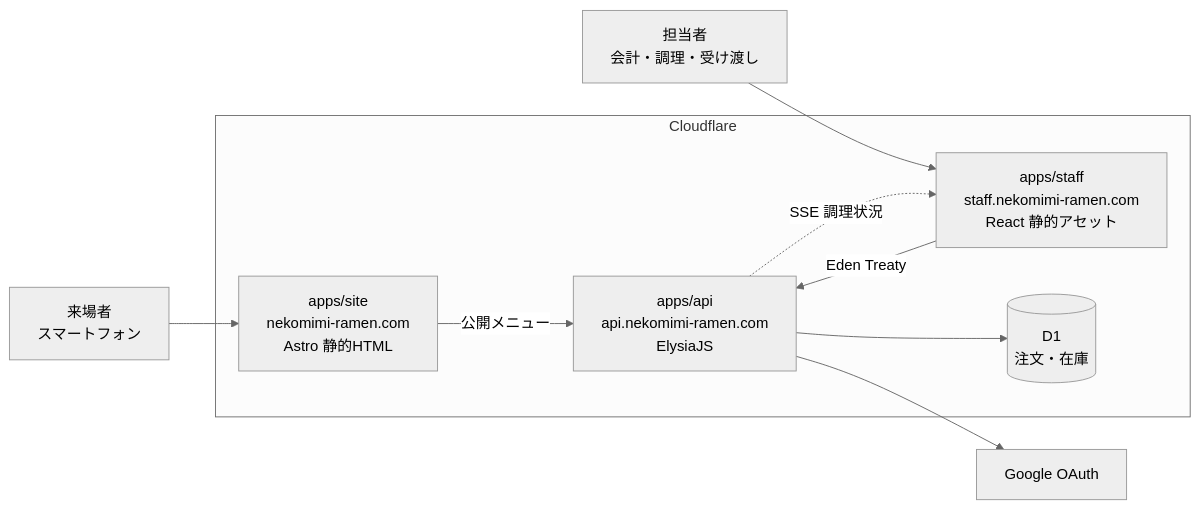
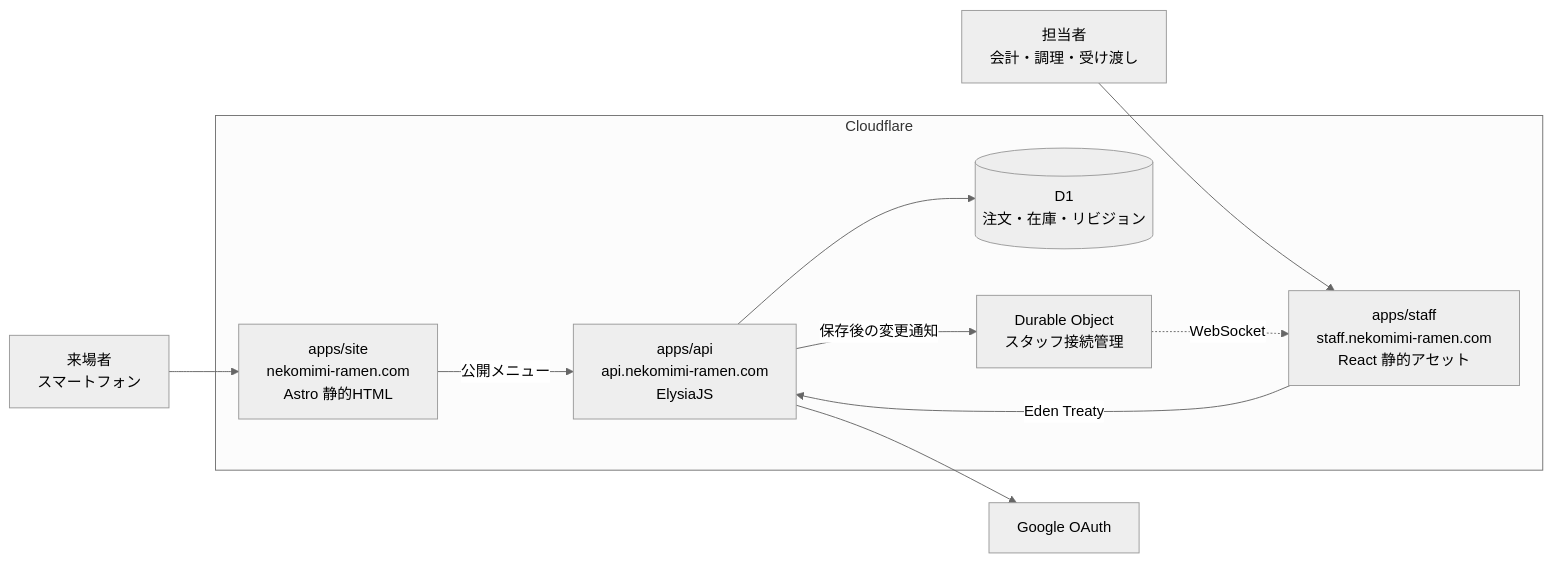
One commit to koutyuke/nekomimi-maid-ramen changed the diagram in README.md. Above: the diagram before and after it, drawn with Mermaid (neutral theme). The commit also changed other lines of this file and 26 other files, not shown here.

````diff
--- a/README.md
+++ b/README.md
@@ -27,22 +27,24 @@
 ```mermaid
 flowchart LR
     V["来場者<br/>スマートフォン"]
     S["担当者<br/>会計・調理・受け渡し"]
 
     subgraph CF["Cloudflare"]
         W["apps/site<br/>nekomimi-ramen.com<br/>Astro 静的HTML"]
         T["apps/staff<br/>staff.nekomimi-ramen.com<br/>React 静的アセット"]
         A["apps/api<br/>api.nekomimi-ramen.com<br/>ElysiaJS"]
-        D[("D1<br/>注文・在庫")]
+        D[("D1<br/>注文・在庫・リビジョン")]
+        H["Durable Object<br/>スタッフ接続管理"]
     end
 
     G["Google OAuth"]
 
     V --> W
     S --> T
     W -->|"公開メニュー"| A
     T -->|"Eden Treaty"| A
-    A -.->|"SSE 調理状況"| T
+    A -->|"保存後の変更通知"| H
+    H -.->|"WebSocket"| T
     A --> D
     A --> G
 ```
````
